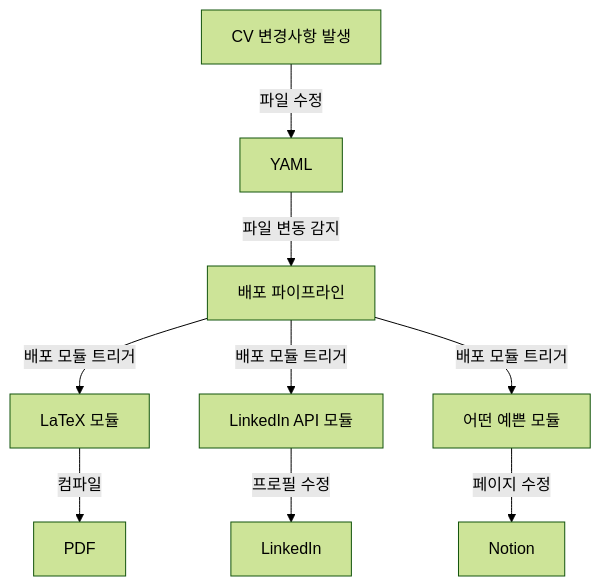
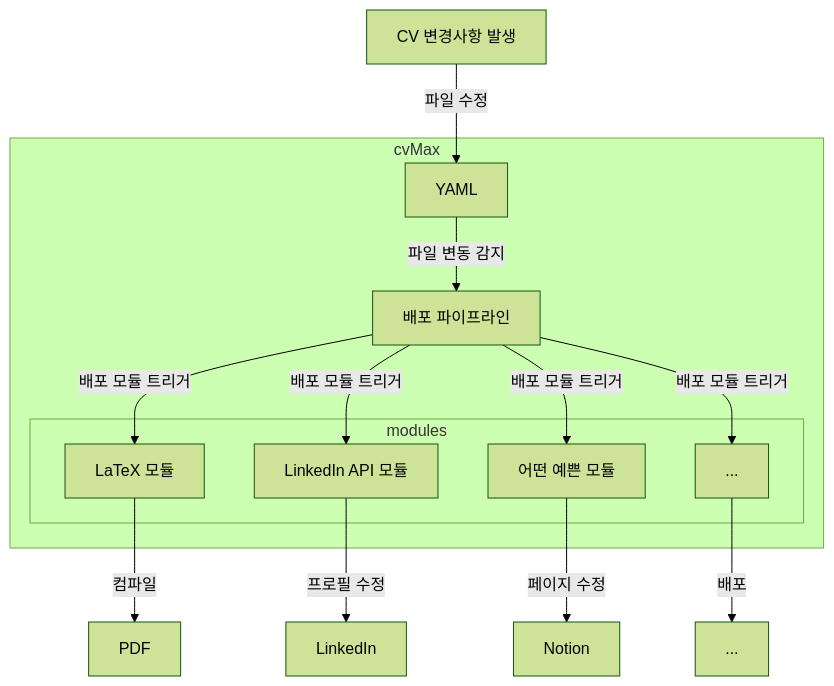
One commit to PngWnA/cvMax changed the second of 3 diagrams in README.md. Above: the diagram before and after it, drawn with Mermaid (forest theme). The commit also changed other lines of this file, not shown here.

````diff
--- a/README.md
+++ b/README.md
@@ -19,9 +18,21 @@
 ```mermaid
 flowchart TD
     CV[CV 변경사항 발생]
     CV -- 파일 수정 --> YAML[YAML]
     YAML -- 파일 변동 감지 --> Pipeline[배포 파이프라인]
     Pipeline -- 배포 모듈 트리거 --> LaTeX[LaTeX 모듈] -- 컴파일 --> PDF[PDF]
     Pipeline -- 배포 모듈 트리거 --> LinkedInAPI[LinkedIn API 모듈] -- 프로필 수정 --> LinkedIn[LinkedIn]
     Pipeline -- 배포 모듈 트리거 --> NotionAPI[어떤 예쁜 모듈] -- 페이지 수정 --> Notion[Notion]
+    Pipeline -- 배포 모듈 트리거 --> ...[...] -- 배포 --> ..[...]
+
+    subgraph cvMax
+        YAML
+        Pipeline
+        subgraph modules
+            LaTeX[LaTeX 모듈]
+            LinkedInAPI[LinkedIn API 모듈]
+            NotionAPI[어떤 예쁜 모듈]
+            ...[...]
+        end
+    end
 ```
````
